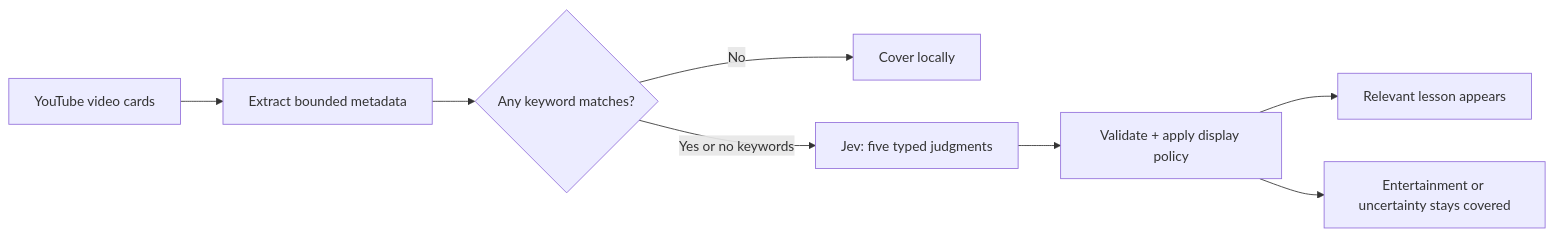
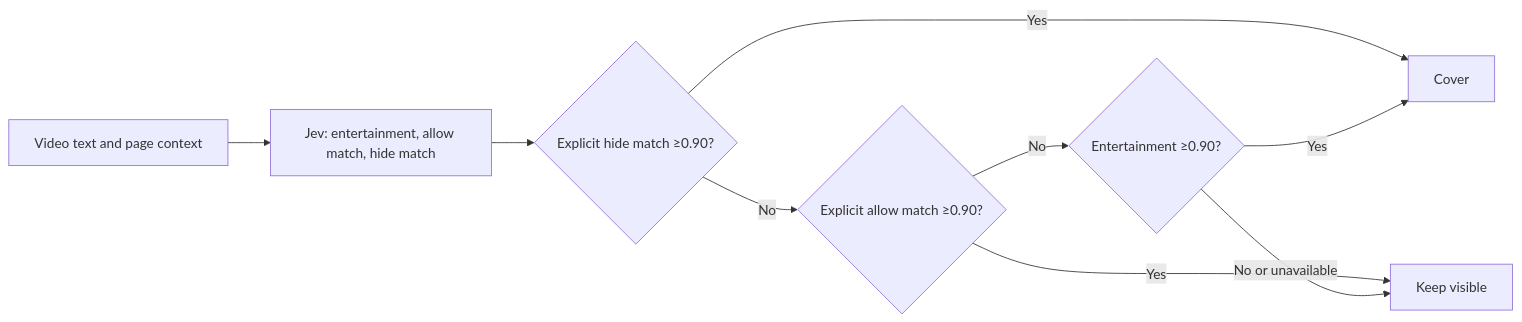
The diagram in README.md (krishnakant2607/study-mode-jev), drawn with Mermaid before and after one commit. The commit also changed other lines of this file and 46 other files, not shown here.

````diff
--- a/README.md
+++ b/README.md
@@ -71,10 +71,11 @@
 ```mermaid
 flowchart LR
-    A[YouTube video cards] --> B[Extract bounded metadata]
-    B --> C{Any keyword matches?}
-    C -->|No| D[Cover locally]
-    C -->|Yes or no keywords| E[Jev: five typed judgments]
-    E --> F[Validate + apply display policy]
-    F --> G[Relevant lesson appears]
-    F --> H[Entertainment or uncertainty stays covered]
+    A[Video text and page context] --> B[Jev: entertainment, allow match, hide match]
+    B --> C{Explicit hide match ≥0.90?}
+    C -->|Yes| D[Cover]
+    C -->|No| E{Explicit allow match ≥0.90?}
+    E -->|Yes| F[Keep visible]
+    E -->|No| G{Entertainment ≥0.90?}
+    G -->|Yes| D
+    G -->|No or unavailable| F
 ```
````
